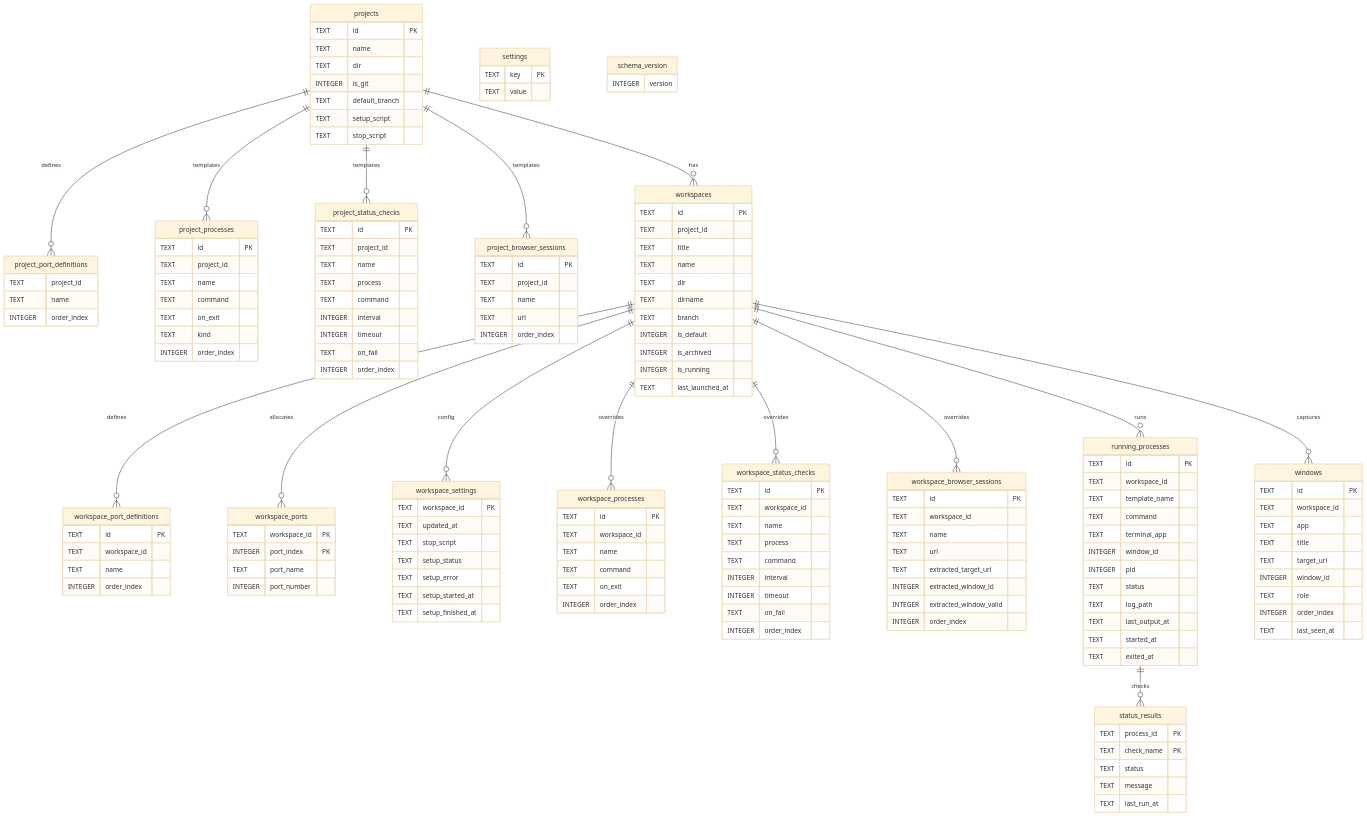
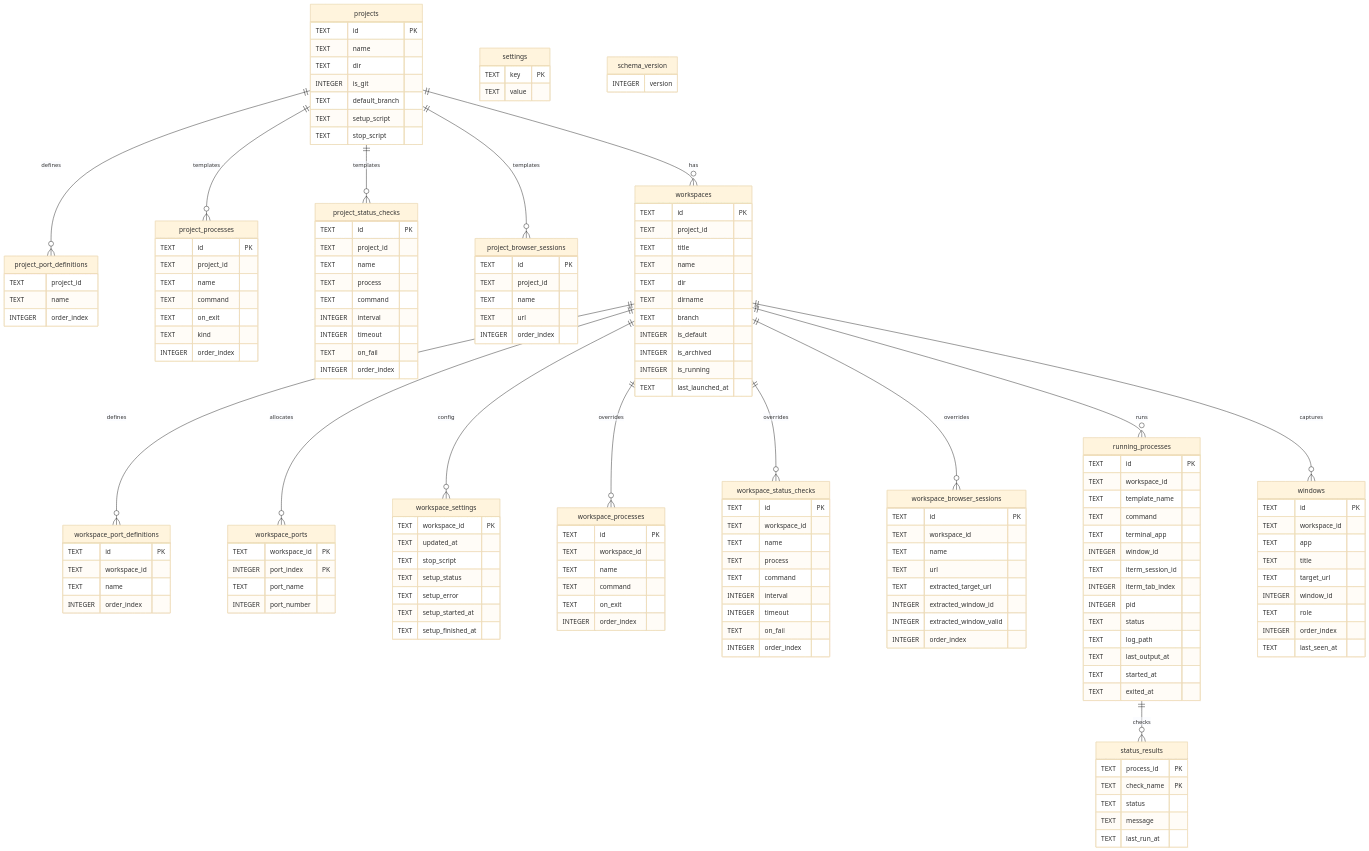
Before and after one commit to yogesh-dhande/spaces: the second of 5 diagrams in apps/macos/docs/architecture.md, drawn with Mermaid (base theme). The commit also changed other lines of this file and 13 other files, not shown here.

First line of the commit message:
Add iTerm2 session/tab tracking for precise terminal focus and cleanup

```diff
--- a/apps/macos/docs/architecture.md
+++ b/apps/macos/docs/architecture.md
@@ -280,6 +280,8 @@
     TEXT command
     TEXT terminal_app
     INTEGER window_id
+    TEXT iterm_session_id
+    INTEGER iterm_tab_index
     INTEGER pid
     TEXT status
     TEXT log_path
```
